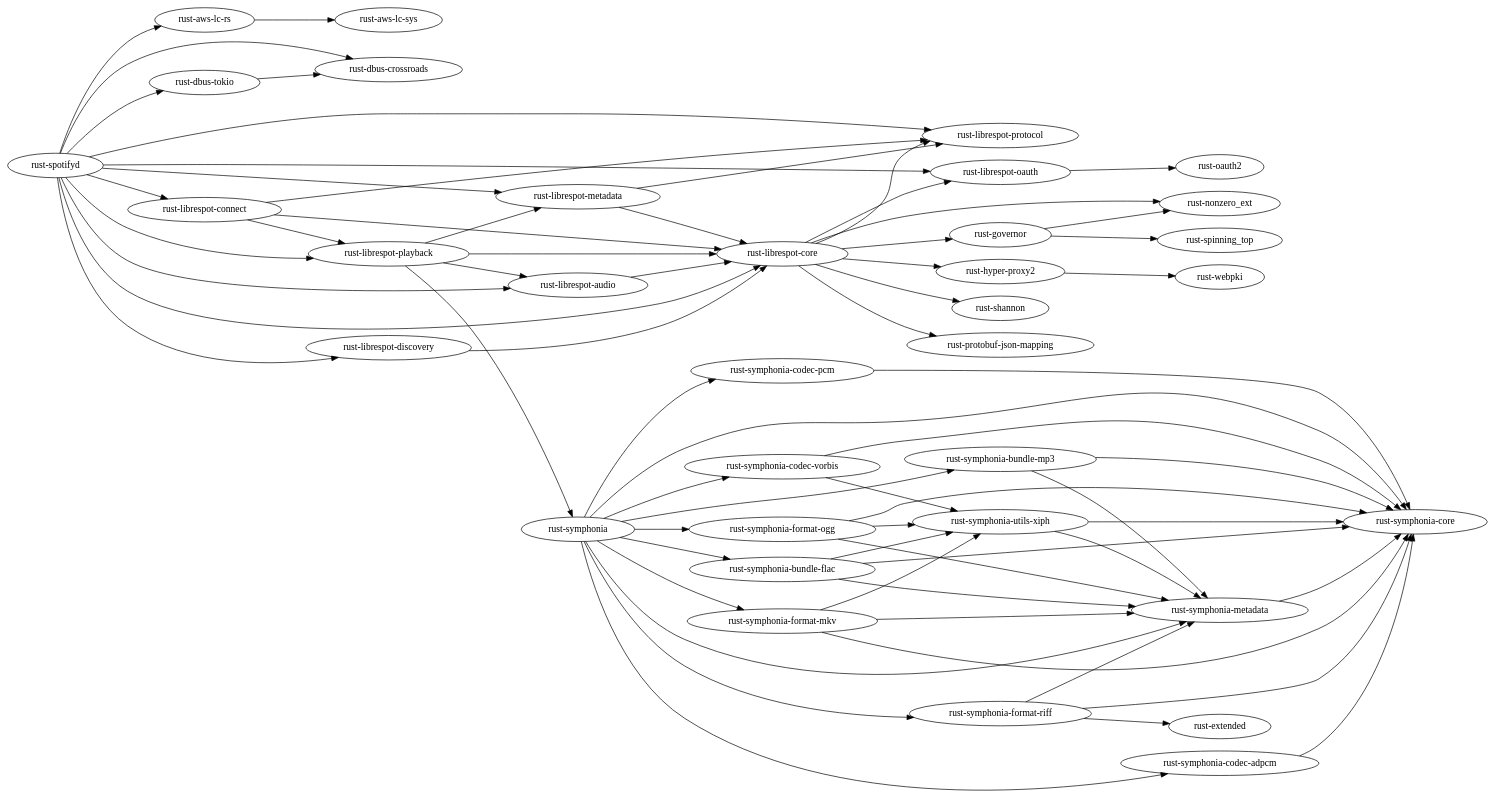
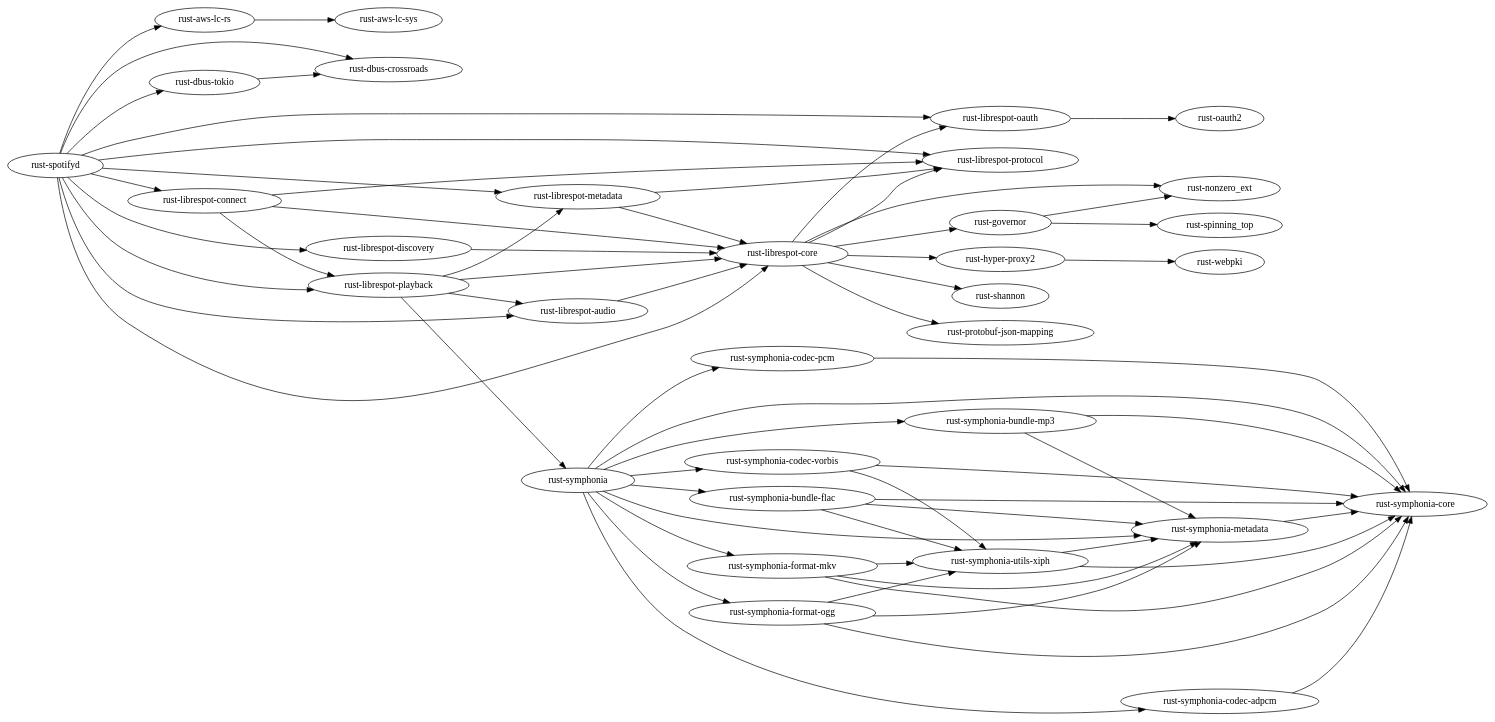
One commit to mbooth101/spotifyd-rpm changed the diagram in package_tree.dot. Above: the diagram before and after it, drawn with Graphviz. The commit also changed 5 other files, not shown here.

```diff
--- a/package_tree.dot
+++ b/package_tree.dot
@@ -1,69 +1,65 @@
 digraph deps {
 rankdir="LR";
 "rust-aws-lc-rs" -> "rust-aws-lc-sys";
 "rust-dbus-tokio" -> "rust-dbus-crossroads";
 "rust-governor" -> "rust-nonzero_ext";
 "rust-governor" -> "rust-spinning_top";
 "rust-hyper-proxy2" -> "rust-webpki";
 "rust-librespot-audio" -> "rust-librespot-core";
 "rust-librespot-core" -> "rust-governor";
 "rust-librespot-core" -> "rust-hyper-proxy2";
 "rust-librespot-core" -> "rust-librespot-oauth";
 "rust-librespot-core" -> "rust-librespot-protocol";
 "rust-librespot-core" -> "rust-nonzero_ext";
 "rust-librespot-core" -> "rust-protobuf-json-mapping";
 "rust-librespot-core" -> "rust-shannon";
 "rust-librespot-connect" -> "rust-librespot-core";
 "rust-librespot-connect" -> "rust-librespot-playback";
 "rust-librespot-connect" -> "rust-librespot-protocol";
 "rust-librespot-playback" -> "rust-librespot-audio";
 "rust-librespot-playback" -> "rust-librespot-core";
 "rust-librespot-playback" -> "rust-librespot-metadata";
 "rust-librespot-playback" -> "rust-symphonia";
 "rust-librespot-oauth" -> "rust-oauth2";
 "rust-librespot-discovery" -> "rust-librespot-core";
 "rust-librespot-metadata" -> "rust-librespot-core";
 "rust-librespot-metadata" -> "rust-librespot-protocol";
 "rust-symphonia" -> "rust-symphonia-bundle-flac";
 "rust-symphonia" -> "rust-symphonia-bundle-mp3";
 "rust-symphonia" -> "rust-symphonia-codec-adpcm";
 "rust-symphonia" -> "rust-symphonia-codec-pcm";
 "rust-symphonia" -> "rust-symphonia-codec-vorbis";
 "rust-symphonia" -> "rust-symphonia-core";
 "rust-symphonia" -> "rust-symphonia-format-mkv";
 "rust-symphonia" -> "rust-symphonia-format-ogg";
-"rust-symphonia" -> "rust-symphonia-format-riff";
 "rust-symphonia" -> "rust-symphonia-metadata";
 "rust-spotifyd" -> "rust-aws-lc-rs";
 "rust-spotifyd" -> "rust-dbus-crossroads";
 "rust-spotifyd" -> "rust-dbus-tokio";
 "rust-spotifyd" -> "rust-librespot-audio";
 "rust-spotifyd" -> "rust-librespot-connect";
 "rust-spotifyd" -> "rust-librespot-core";
 "rust-spotifyd" -> "rust-librespot-discovery";
 "rust-spotifyd" -> "rust-librespot-metadata";
 "rust-spotifyd" -> "rust-librespot-oauth";
 "rust-spotifyd" -> "rust-librespot-playback";
 "rust-spotifyd" -> "rust-librespot-protocol";
 "rust-symphonia-bundle-flac" -> "rust-symphonia-core";
 "rust-symphonia-bundle-flac" -> "rust-symphonia-metadata";
 "rust-symphonia-bundle-flac" -> "rust-symphonia-utils-xiph";
 "rust-symphonia-bundle-mp3" -> "rust-symphonia-core";
 "rust-symphonia-bundle-mp3" -> "rust-symphonia-metadata";
 "rust-symphonia-codec-adpcm" -> "rust-symphonia-core";
 "rust-symphonia-codec-pcm" -> "rust-symphonia-core";
 "rust-symphonia-codec-vorbis" -> "rust-symphonia-core";
 "rust-symphonia-codec-vorbis" -> "rust-symphonia-utils-xiph";
 "rust-symphonia-format-mkv" -> "rust-symphonia-core";
 "rust-symphonia-format-mkv" -> "rust-symphonia-metadata";
 "rust-symphonia-format-mkv" -> "rust-symphonia-utils-xiph";
 "rust-symphonia-format-ogg" -> "rust-symphonia-core";
 "rust-symphonia-format-ogg" -> "rust-symphonia-metadata";
 "rust-symphonia-format-ogg" -> "rust-symphonia-utils-xiph";
-"rust-symphonia-format-riff" -> "rust-extended";
-"rust-symphonia-format-riff" -> "rust-symphonia-core";
-"rust-symphonia-format-riff" -> "rust-symphonia-metadata";
 "rust-symphonia-metadata" -> "rust-symphonia-core";
 "rust-symphonia-utils-xiph" -> "rust-symphonia-core";
 "rust-symphonia-utils-xiph" -> "rust-symphonia-metadata";
 }
```
